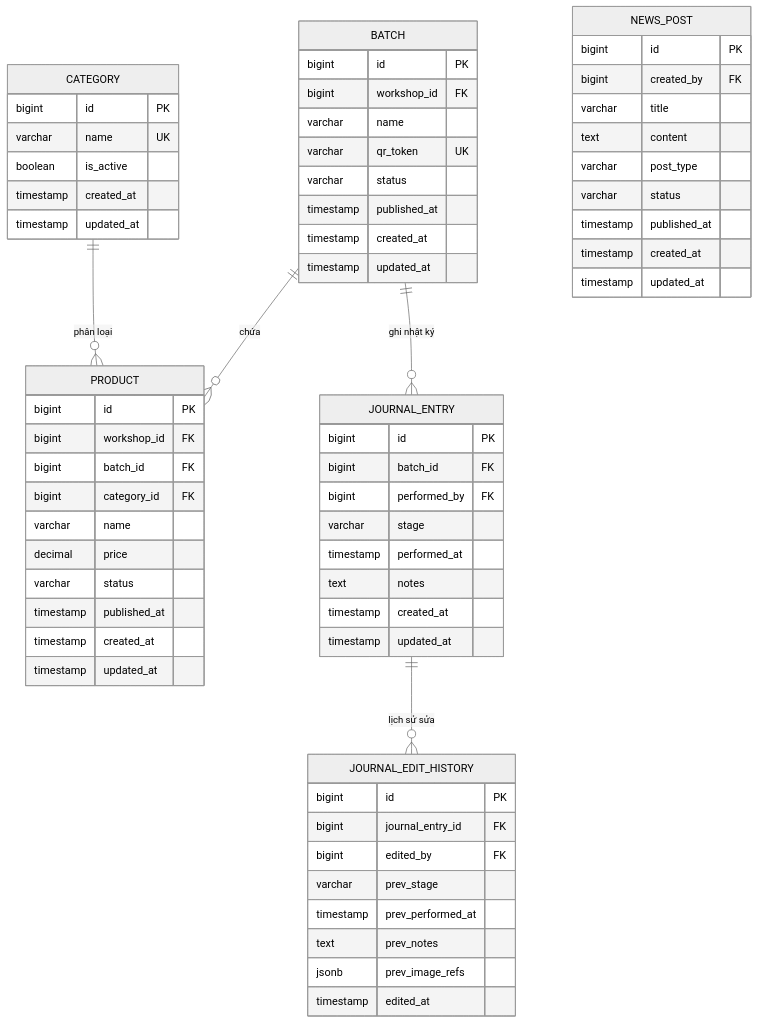
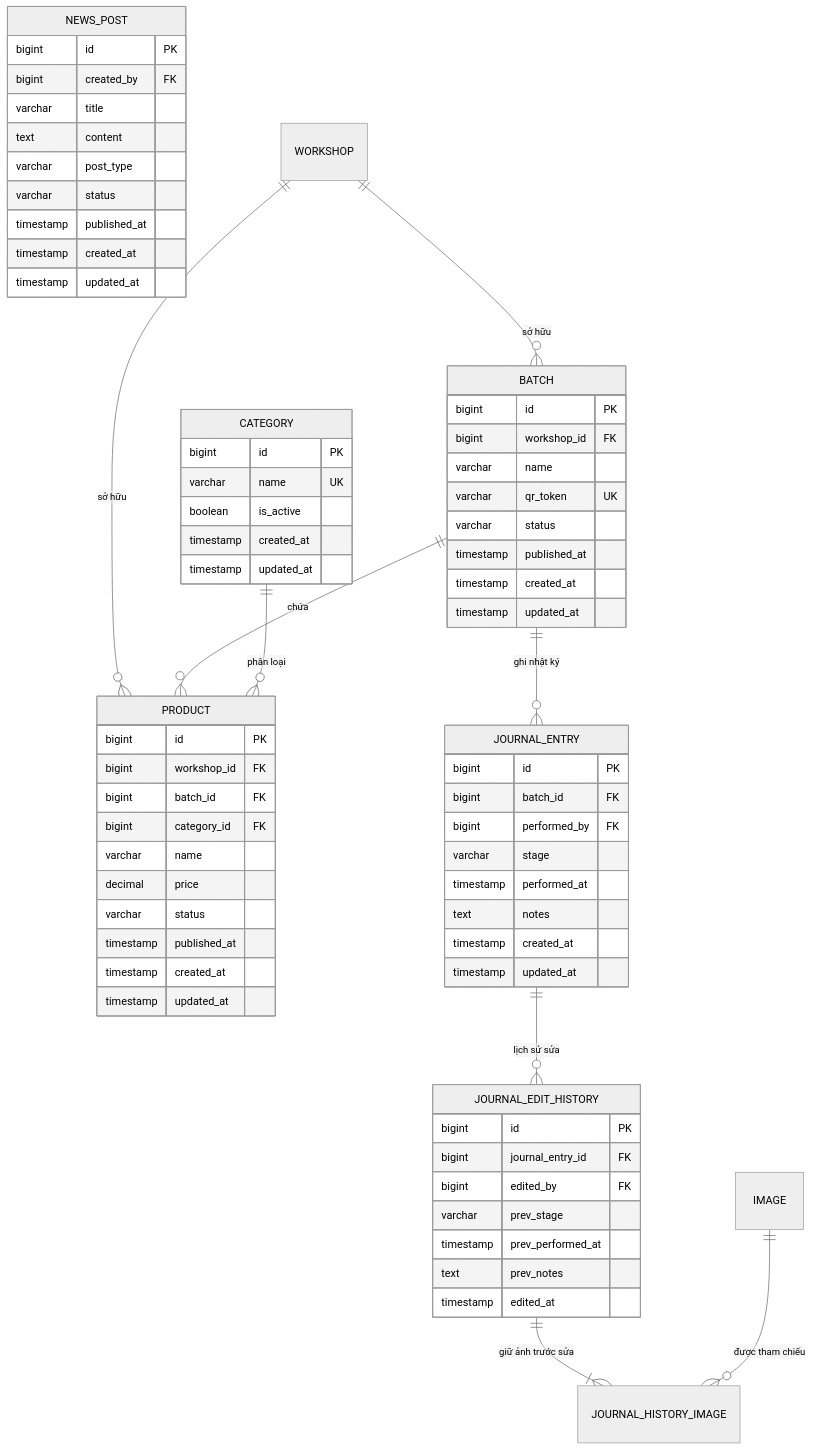
The second of 10 diagrams in docs/02-specifications/data-design.md (HUY-TD16/vCraft), drawn with Mermaid (neutral theme) before and after one commit. The commit also changed other lines of this file, not shown here.

````diff
--- a/docs/02-specifications/data-design.md
+++ b/docs/02-specifications/data-design.md
@@ -78,68 +80,71 @@
 ```mermaid
 erDiagram
     CATEGORY {
         bigint id PK
         varchar name UK
         boolean is_active
         timestamp created_at
         timestamp updated_at
     }
     PRODUCT {
         bigint id PK
         bigint workshop_id FK
         bigint batch_id FK
         bigint category_id FK
         varchar name
         decimal price
         varchar status
         timestamp published_at
         timestamp created_at
         timestamp updated_at
     }
     BATCH {
         bigint id PK
         bigint workshop_id FK
         varchar name
         varchar qr_token UK
         varchar status
         timestamp published_at
         timestamp created_at
         timestamp updated_at
     }
     JOURNAL_ENTRY {
         bigint id PK
         bigint batch_id FK
         bigint performed_by FK
         varchar stage
         timestamp performed_at
         text notes
         timestamp created_at
         timestamp updated_at
     }
     JOURNAL_EDIT_HISTORY {
         bigint id PK
         bigint journal_entry_id FK
         bigint edited_by FK
         varchar prev_stage
         timestamp prev_performed_at
         text prev_notes
-        jsonb prev_image_refs
         timestamp edited_at
     }
     NEWS_POST {
         bigint id PK
         bigint created_by FK
         varchar title
         text content
         varchar post_type
         varchar status
         timestamp published_at
         timestamp created_at
         timestamp updated_at
     }
 
+    WORKSHOP ||--o{ BATCH : "sở hữu"
+    WORKSHOP ||--o{ PRODUCT : "sở hữu"
+    JOURNAL_EDIT_HISTORY ||--|{ JOURNAL_HISTORY_IMAGE : "giữ ảnh trước sửa"
+    IMAGE ||--o{ JOURNAL_HISTORY_IMAGE : "được tham chiếu"
     BATCH ||--o{ PRODUCT : "chứa"
     BATCH ||--o{ JOURNAL_ENTRY : "ghi nhật ký"
     JOURNAL_ENTRY ||--o{ JOURNAL_EDIT_HISTORY : "lịch sử sửa"
     CATEGORY ||--o{ PRODUCT : "phân loại"
 ```
````
